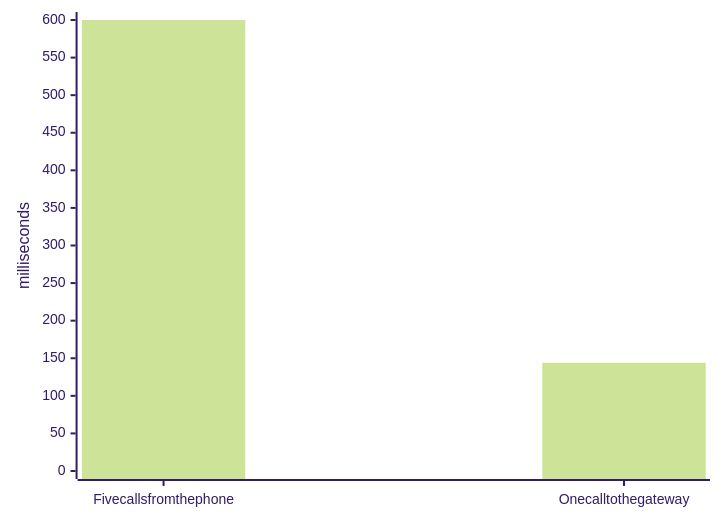
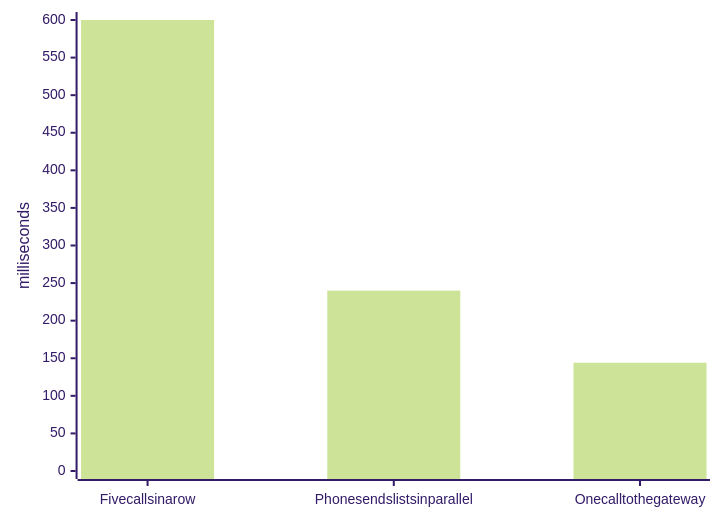
The fifth of 29 diagrams in site/authored/sd/cloud-architecture.md (pravnyadv/dev-essentials), drawn with Mermaid (forest theme) before and after one commit. The commit also changed other lines of this file and 66 other files, not shown here.

````diff
--- a/site/authored/sd/cloud-architecture.md
+++ b/site/authored/sd/cloud-architecture.md
@@ -118,6 +118,6 @@
-```mermaid Time until the home screen is ready, in milliseconds, with five calls from the phone against one aggregated call (invented numbers)
+```mermaid Time until the home screen is ready, in milliseconds: five calls in a row, five calls with the lists in parallel, and one aggregated call (invented numbers)
 xychart-beta
-  x-axis [Five calls from the phone, One call to the gateway]
+  x-axis [Five calls in a row, Phone sends lists in parallel, One call to the gateway]
   y-axis "milliseconds" 0 --> 600
-  bar [600, 144]
+  bar [600, 240, 144]
 ```
````
